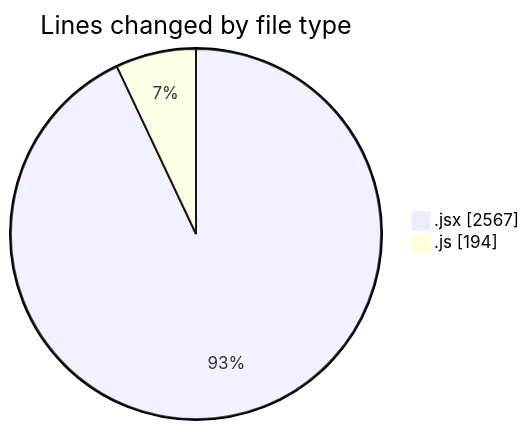
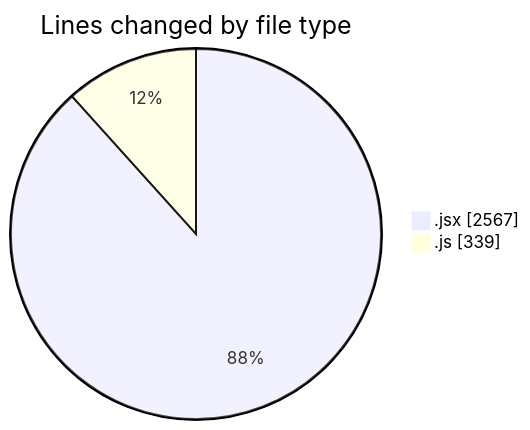
Before and after one commit to nxtqubesakshisongat/code-tracking: the first of 2 diagrams in 2025-07-11/argos/README.md, drawn with Mermaid. The commit also changed other lines of this file and 1 other file, not shown here.

````diff
--- a/2025-07-11/argos/README.md
+++ b/2025-07-11/argos/README.md
@@ -24,6 +24,6 @@
 ```mermaid
 pie showData
 title Lines changed by file type
 ".jsx" : 2567
-".js" : 194
+".js" : 339
 ```
````
